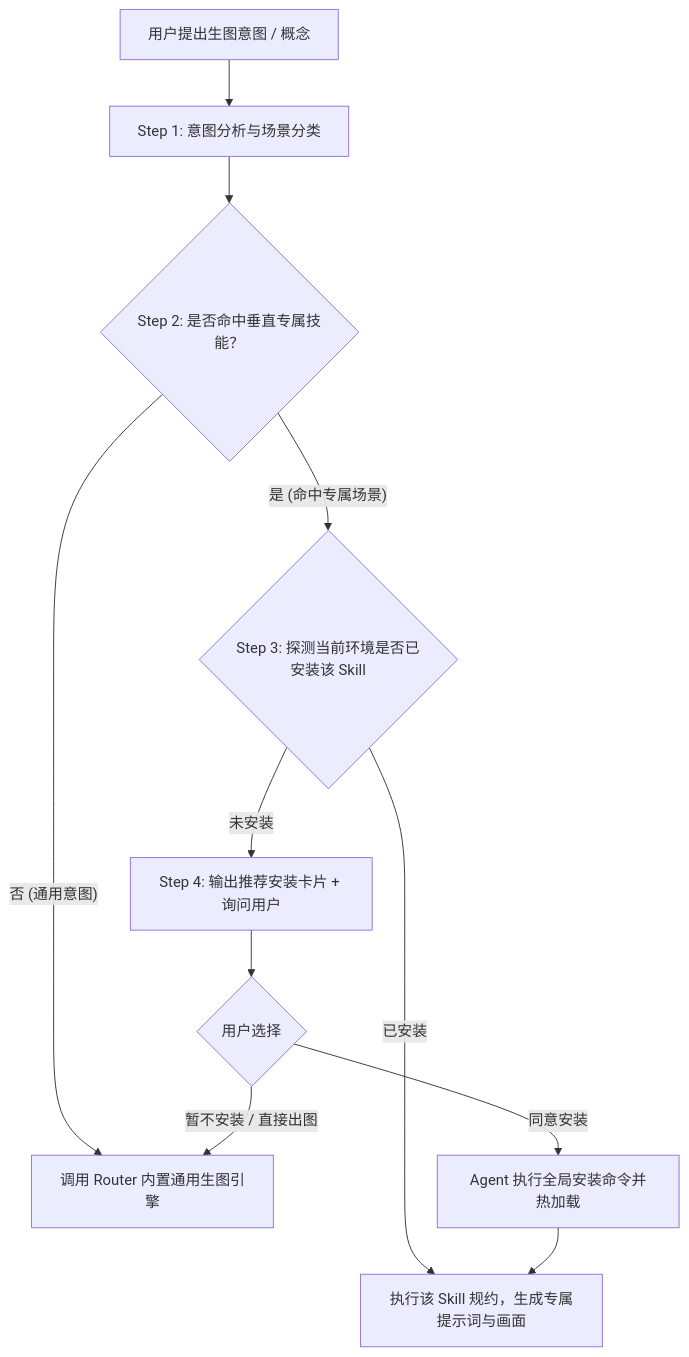
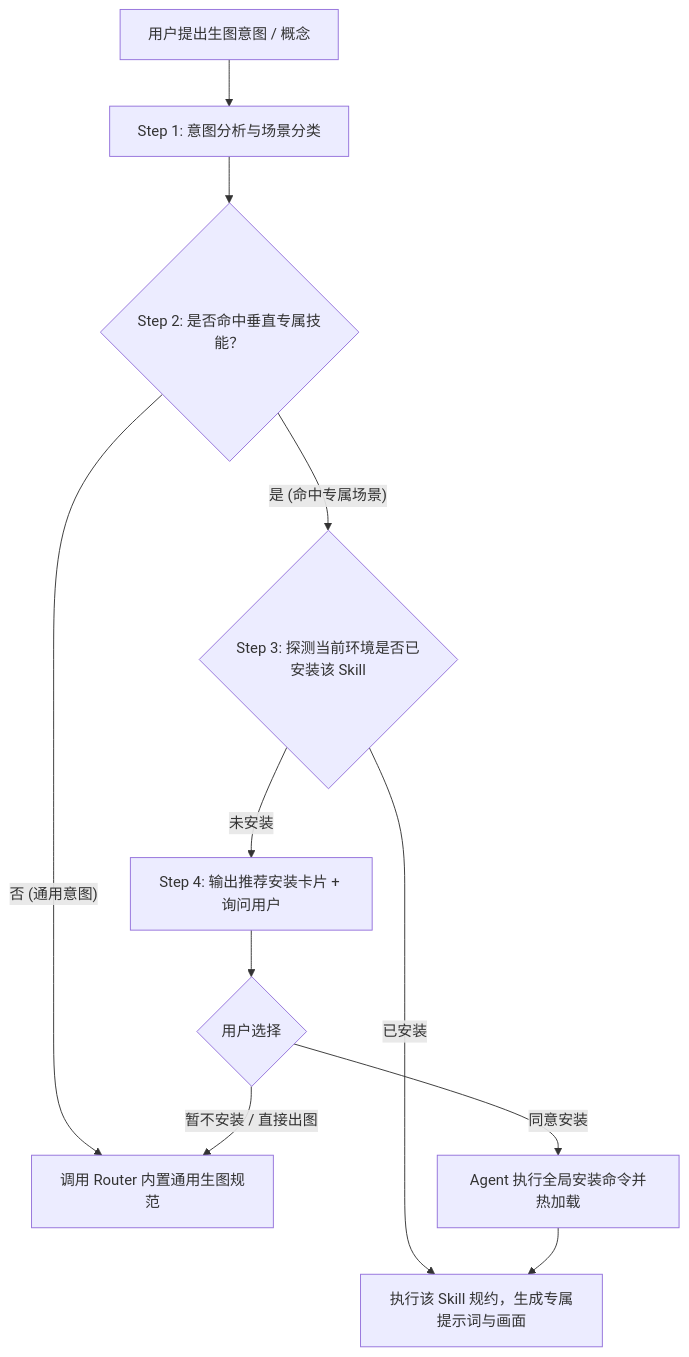
Before and after one commit to zlpawn/shrimp: the diagram in lib/skills/leo-imagine-router/SKILL.md, drawn with Mermaid. The commit also changed other lines of this file and 4 other files, not shown here.

````diff
--- a/lib/skills/leo-imagine-router/SKILL.md
+++ b/lib/skills/leo-imagine-router/SKILL.md
@@ -21,12 +21,12 @@
 ```mermaid
 flowchart TD
     A["用户提出生图意图 / 概念"] --> B["Step 1: 意图分析与场景分类"]
     B --> C{"Step 2: 是否命中垂直专属技能？"}
-    C -- "否 (通用意图)" --> D["调用 Router 内置通用生图引擎"]
+    C -- "否 (通用意图)" --> D["调用 Router 内置通用生图规范"]
     C -- "是 (命中专属场景)" --> E{"Step 3: 探测当前环境是否已安装该 Skill"}
     E -- "已安装" --> F["执行该 Skill 规约，生成专属提示词与画面"]
     E -- "未安装" --> G["Step 4: 输出推荐安装卡片 + 询问用户"]
     G --> H{"用户选择"}
     H -- "同意安装" --> I["Agent 执行全局安装命令并热加载"] --> F
     H -- "暂不安装 / 直接出图" --> D
 ```
````
